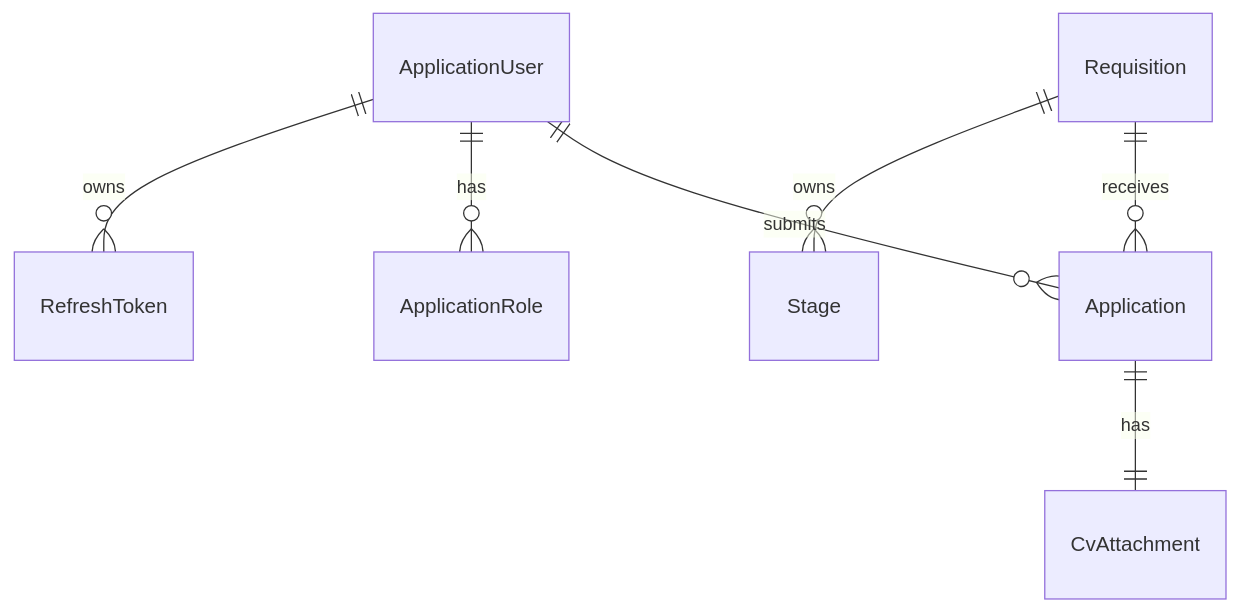
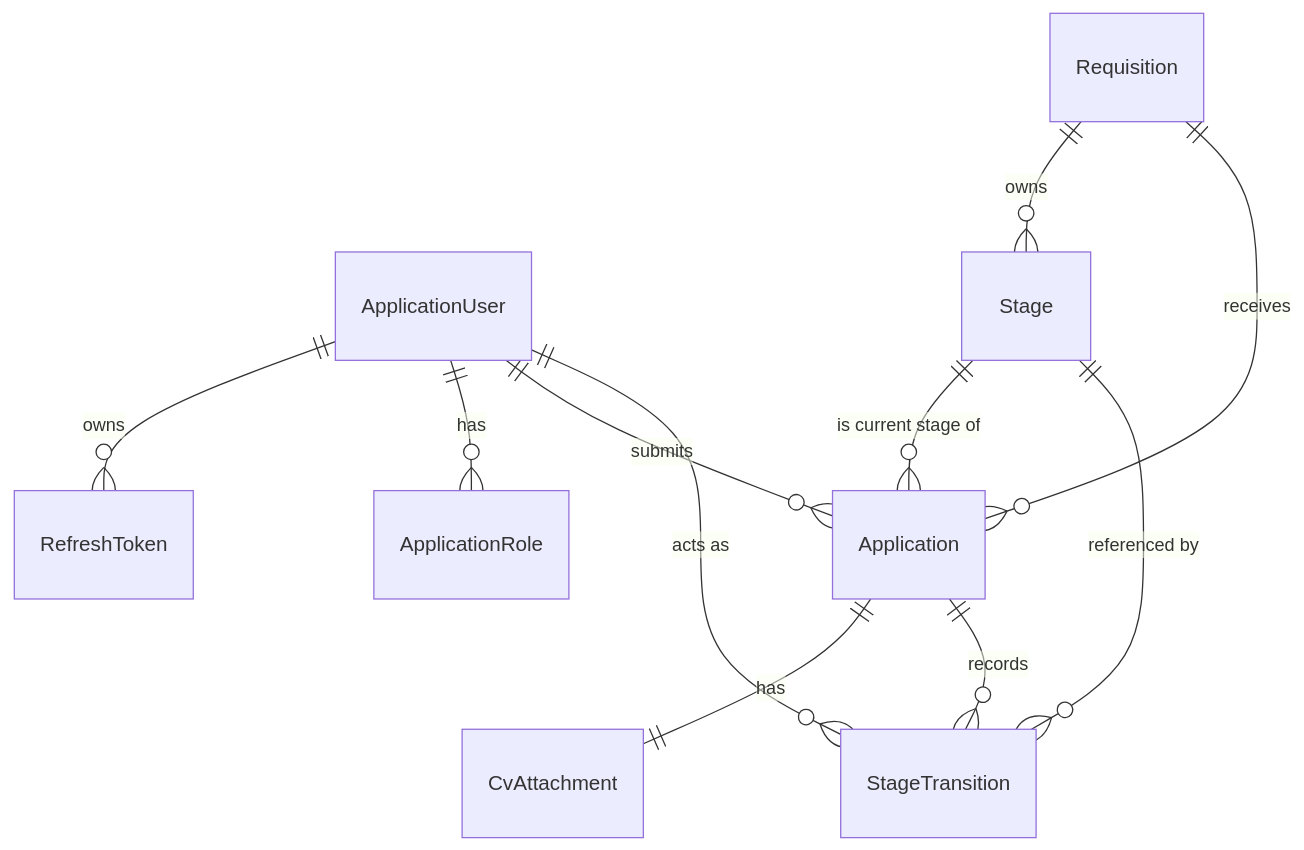
One commit to deenath400/D4FAPE_ATS changed the second of 2 diagrams in docs/specs/meta/architecture.md. Above: the diagram before and after it, drawn with Mermaid. The commit also changed other lines of this file and 25 other files, not shown here.

````diff
--- a/docs/specs/meta/architecture.md
+++ b/docs/specs/meta/architecture.md
@@ -94,9 +95,13 @@
 ```mermaid
 erDiagram
   ApplicationUser ||--o{ RefreshToken : owns
   ApplicationUser ||--o{ ApplicationRole : has
   Requisition ||--o{ Stage : owns
   Requisition ||--o{ Application : receives
   ApplicationUser ||--o{ Application : submits
   Application ||--|| CvAttachment : has
+  Stage ||--o{ Application : "is current stage of"
+  Application ||--o{ StageTransition : records
+  Stage ||--o{ StageTransition : "referenced by"
+  ApplicationUser ||--o{ StageTransition : "acts as"
 ```
````
